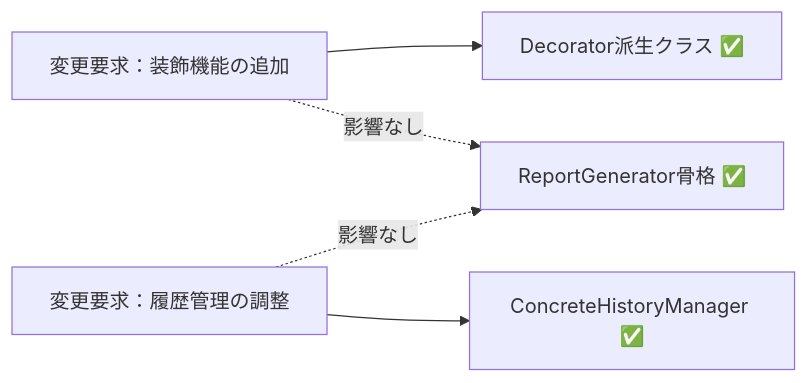
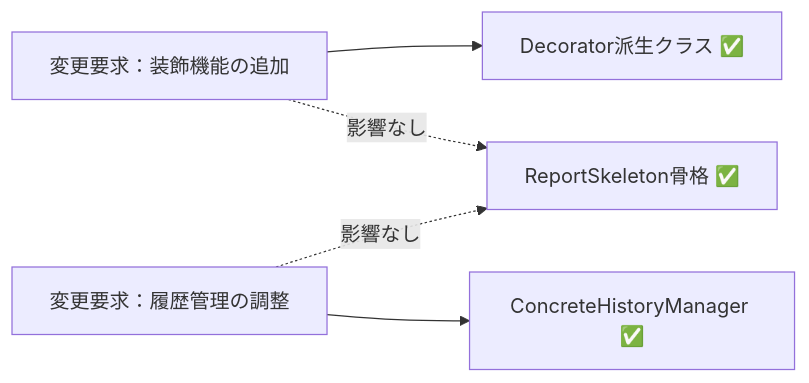
One commit to kumachan1101-pixel/DesignPattern changed the eighth of 9 diagrams in kindle/design-patterns/output/chapter11.md. Above: the diagram before and after it, drawn with Mermaid. The commit also changed other lines of this file, not shown here.

````diff
--- a/kindle/design-patterns/output/chapter11.md
+++ b/kindle/design-patterns/output/chapter11.md
@@ -1186,8 +1186,8 @@
 ```mermaid
 graph LR
     T1["変更要求：装飾機能の追加"] --> F1["Decorator派生クラス ✅"]
-    T1 -. "影響なし" .-> A["ReportGenerator骨格 ✅"]
+    T1 -. "影響なし" .-> A["ReportSkeleton骨格 ✅"]
     T2["変更要求：履歴管理の調整"] --> F2["ConcreteHistoryManager ✅"]
     T2 -. "影響なし" .-> A
 
 ```
````
